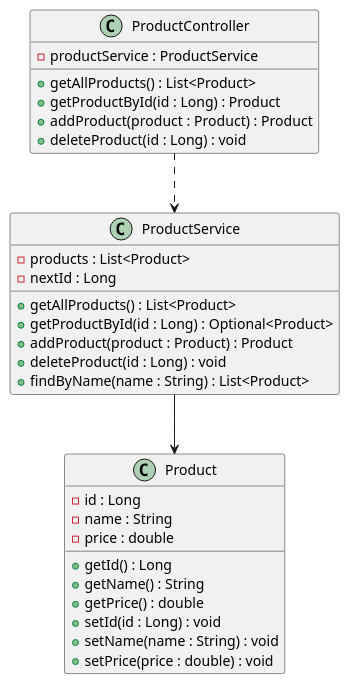
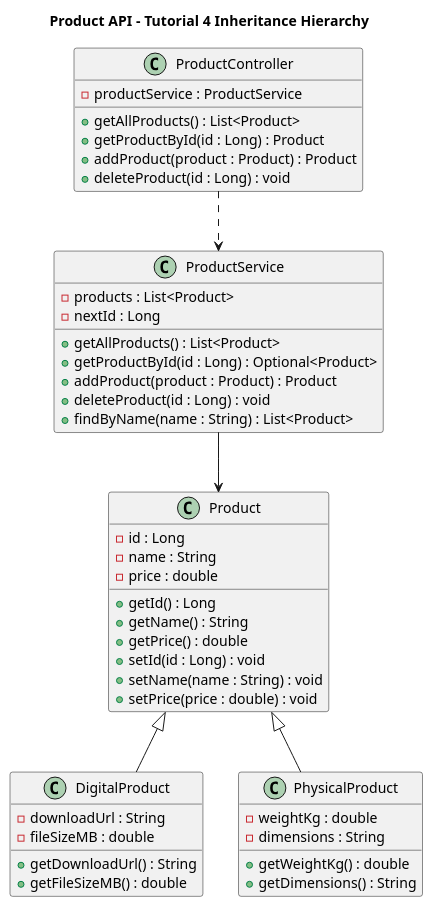
Before and after one commit to Thanu-05/products1: the diagram in docs/uml/Product.puml, drawn with PlantUML. The commit also changed 1 other file, not shown here.

Commit message:
Tutorial 4: inheritance hierarchy - DigitalProduct and PhysicalProduct

```diff
--- a/docs/uml/Product.puml
+++ b/docs/uml/Product.puml
@@ -1,33 +1,59 @@
 @startuml
+
+title Product API - Tutorial 4 Inheritance Hierarchy
+
 class Product {
-- id : Long
-- name : String
-- price : double
-+ getId() : Long
-+ getName() : String
-+ getPrice() : double
-+ setId(id : Long) : void
-+ setName(name : String) : void
-+ setPrice(price : double) : void
+    - id : Long
+    - name : String
+    - price : double
+    + getId() : Long
+    + getName() : String
+    + getPrice() : double
+    + setId(id : Long) : void
+    + setName(name : String) : void
+    + setPrice(price : double) : void
 }
+
+class DigitalProduct {
+    - downloadUrl : String
+    - fileSizeMB : double
+    + getDownloadUrl() : String
+    + getFileSizeMB() : double
+}
+
+class PhysicalProduct {
+    - weightKg : double
+    - dimensions : String
+    + getWeightKg() : double
+    + getDimensions() : String
+}
+
 class ProductService {
-- products : List<Product>
-- nextId : Long
-+ getAllProducts() : List<Product>
-+ getProductById(id : Long) : Optional<Product>
-+ addProduct(product : Product) : Product
-+ deleteProduct(id : Long) : void
-+ findByName(name : String) : List<Product>
+    - products : List<Product>
+    - nextId : Long
+    + getAllProducts() : List<Product>
+    + getProductById(id : Long) : Optional<Product>
+    + addProduct(product : Product) : Product
+    + deleteProduct(id : Long) : void
+    + findByName(name : String) : List<Product>
 }
+
 class ProductController {
-- productService : ProductService
-+ getAllProducts() : List<Product>
-+ getProductById(id : Long) : Product
-+ addProduct(product : Product) : Product
-+ deleteProduct(id : Long) : void
+    - productService : ProductService
+    + getAllProducts() : List<Product>
+    + getProductById(id : Long) : Product
+    + addProduct(product : Product) : Product
+    + deleteProduct(id : Long) : void
 }
-' ..> is a dependency: DASHED line, open arrow
+
+' Tutorial 4 - Inheritance relationships
+Product <|-- DigitalProduct
+Product <|-- PhysicalProduct
+
+' Tutorial 3 - Dependency relationship
 ProductController ..> ProductService
-' --> is an association: SOLID line
+
+' Tutorial 3 - Association relationship
 ProductService --> Product
+
 @enduml
```
